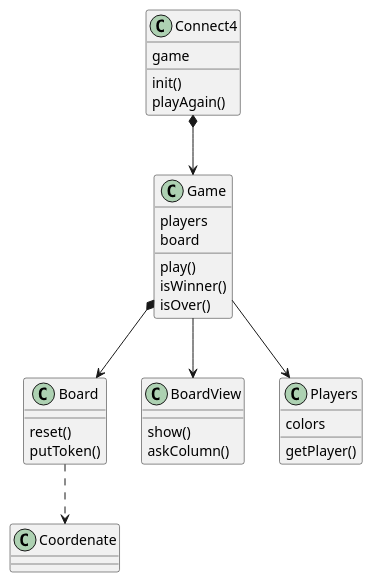
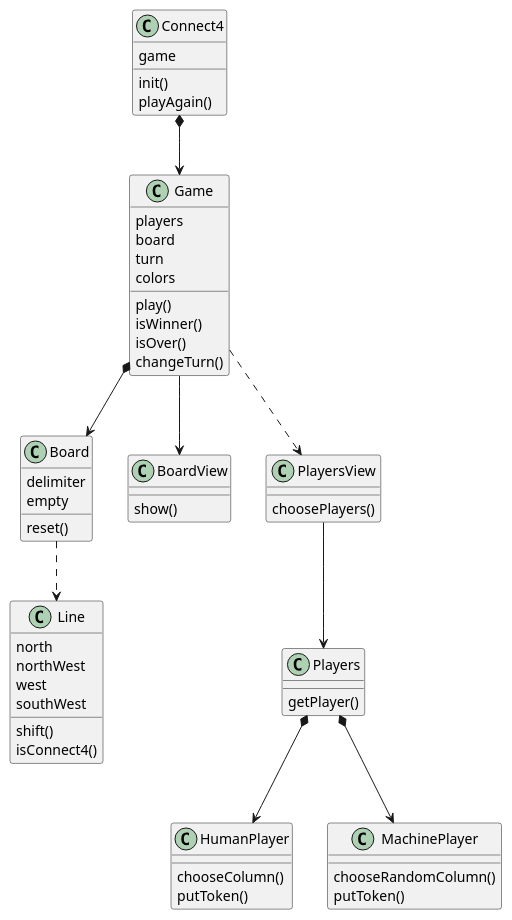
One commit to BernatQI/Master-Programacion-Diseno-Software changed the diagram in Connect4/images/structure-diagrams/classes-diagram.plantuml. Above: the diagram before and after it, drawn with PlantUML.

```diff
--- a/Connect4/images/structure-diagrams/classes-diagram.plantuml
+++ b/Connect4/images/structure-diagrams/classes-diagram.plantuml
@@ -1,40 +1,66 @@
 @startuml "Classes Diagram"
 
 class Connect4 {
   game
 
   init()
   playAgain()
 }
 class Game {
   players
   board
+  turn
+  colors
 
   play()
   isWinner()
   isOver()
+  changeTurn()
 }
-class Coordenate {
+' class GameView {
 
-}
+' }
 class Board {
+  delimiter
+  empty
+
   reset()
-  putToken()
 }
 class BoardView {
   show()
-  askColumn()
+}
+class Line {
+  north
+  northWest
+  west
+  southWest
+
+  shift()
+  isConnect4()
 }
 class Players {
-  colors
-
   getPlayer()
+}
+class PlayersView {
+  choosePlayers()
+}
+class HumanPlayer {
+  chooseColumn()
+  putToken()
+}
+class MachinePlayer {
+  chooseRandomColumn()
+  putToken()
 }
 
 Connect4 *--> Game
-Game --> Players
+' Game -> GameView
+PlayersView --> Players
+Game ..> PlayersView
 Game *--> Board
 Game --> BoardView
-Board ..> Coordenate
+Board ..> Line
+Players *--> HumanPlayer
+Players *--> MachinePlayer
 
 @enduml
```
